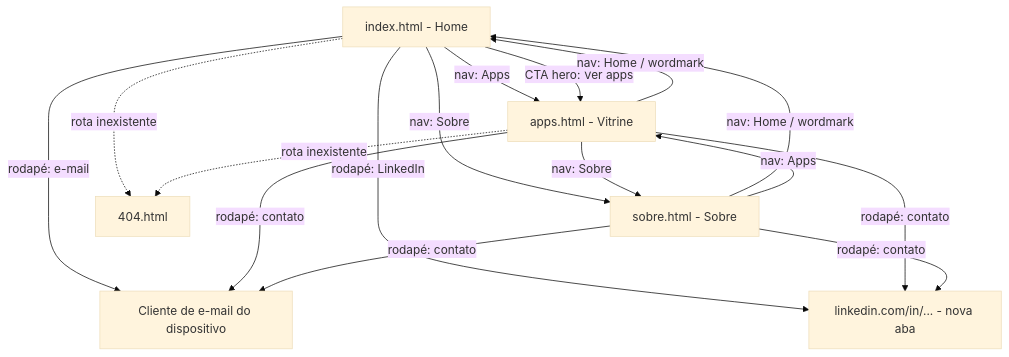
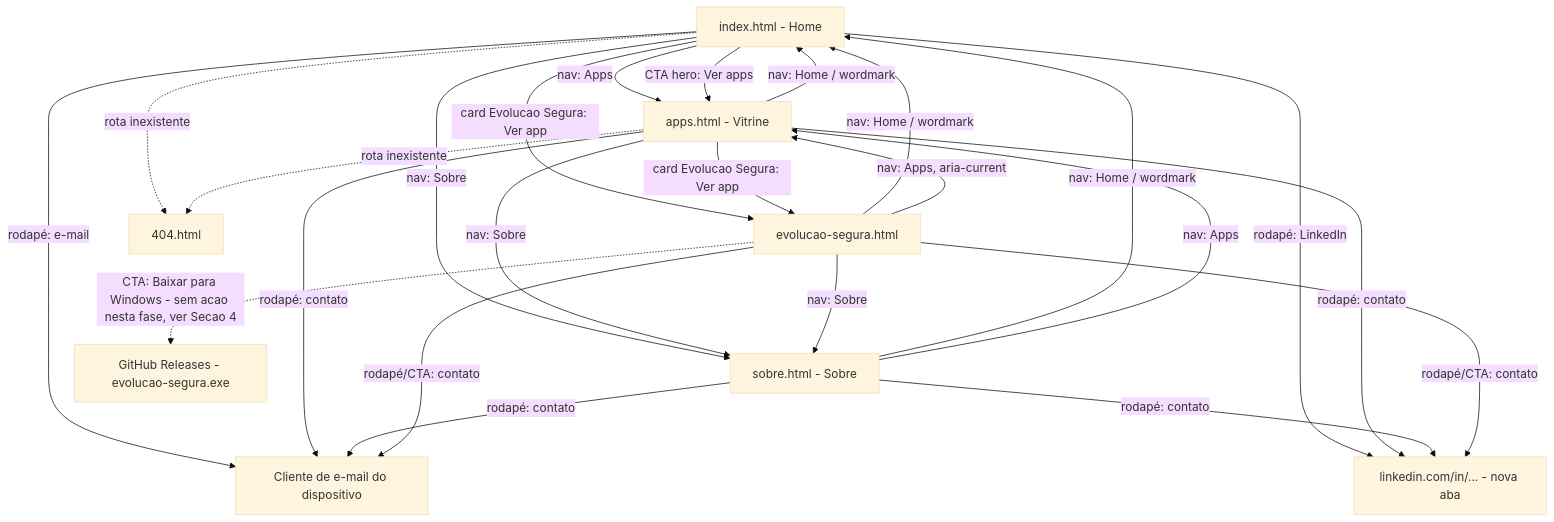
One commit to leandrosegheto17/ljssoftware changed the diagram in .md/UX-SPEC.md. Above: the diagram before and after it, drawn with Mermaid (base theme). The commit also changed other lines of this file and 34 other files, not shown here.

First line of the commit message:
Publica pagina de divulgacao do Evolucao Segura (Lotes 8-10, Rodada 3)

````diff
--- a/.md/UX-SPEC.md
+++ b/.md/UX-SPEC.md
@@ -20,18 +35,26 @@
 ```mermaid
 flowchart TD
     Home[index.html - Home] -->|nav: Apps| Apps[apps.html - Vitrine]
     Home -->|nav: Sobre| Sobre[sobre.html - Sobre]
     Home -->|CTA hero: Ver apps| Apps
     Apps -->|nav: Home / wordmark| Home
     Apps -->|nav: Sobre| Sobre
     Sobre -->|nav: Home / wordmark| Home
     Sobre -->|nav: Apps| Apps
     Home -->|rodapé: e-mail| Mail[Cliente de e-mail do dispositivo]
     Home -->|rodapé: LinkedIn| LinkedIn[linkedin.com/in/... - nova aba]
     Apps -->|rodapé: contato| Mail
     Apps -->|rodapé: contato| LinkedIn
     Sobre -->|rodapé: contato| Mail
     Sobre -->|rodapé: contato| LinkedIn
+    Home -->|card Evolucao Segura: Ver app| Evolucao[evolucao-segura.html]
+    Apps -->|card Evolucao Segura: Ver app| Evolucao
+    Evolucao -->|nav: Home / wordmark| Home
+    Evolucao -->|nav: Apps, aria-current| Apps
+    Evolucao -->|nav: Sobre| Sobre
+    Evolucao -.CTA: Baixar para Windows - sem acao nesta fase, ver Secao 4.-> Download[GitHub Releases - evolucao-segura.exe]
+    Evolucao -->|rodapé/CTA: contato| Mail
+    Evolucao -->|rodapé/CTA: contato| LinkedIn
     Home -.rota inexistente.-> NotFound[404.html]
     Apps -.rota inexistente.-> NotFound
 ```
````
